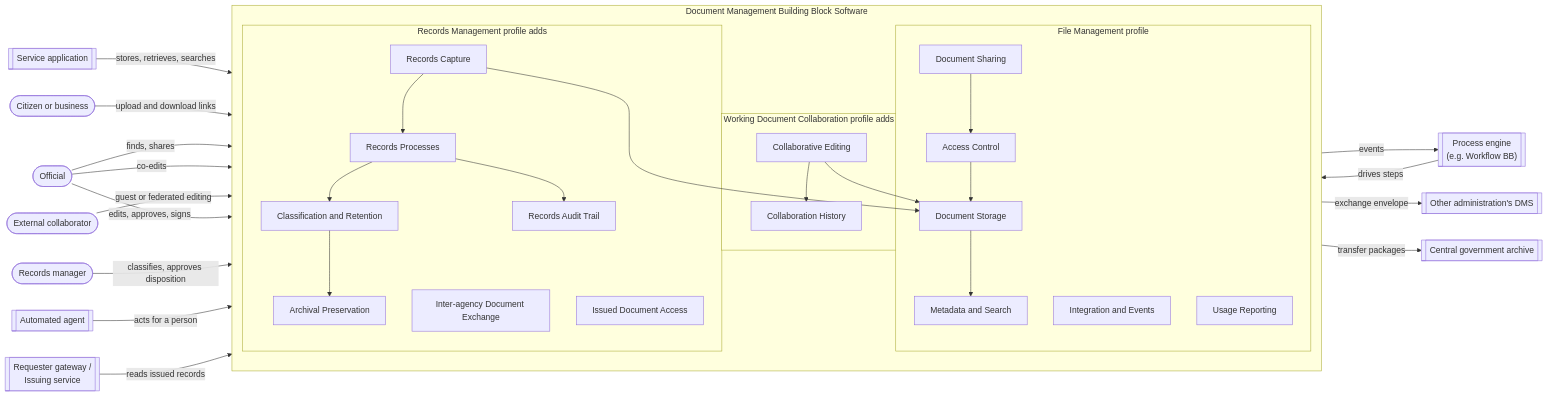
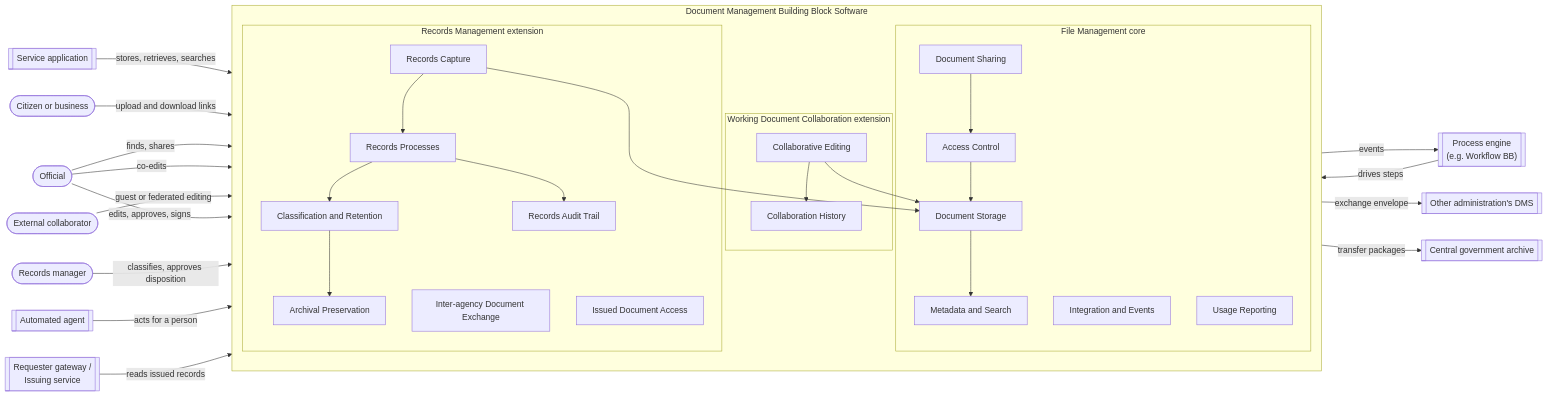
One commit to GovStackWorkingGroup/bb-file-management changed the diagram in introduction/technical-overview.md. Above: the diagram before and after it, drawn with Mermaid. The commit also changed other lines of this file and 16 other files, not shown here.

````diff
--- a/introduction/technical-overview.md
+++ b/introduction/technical-overview.md
@@ -61,62 +61,62 @@
 ```mermaid
 flowchart LR
   Official(["Official"])
   Citizen(["Citizen or business"])
   Partner(["External collaborator"])
   RM(["Records manager"])
   Service[["Service application"]]
   Engine[["Process engine<br/>(e.g. Workflow BB)"]]
   Agent[["Automated agent"]]
   OtherDMS[["Other administration's DMS"]]
   Archive[["Central government archive"]]
   Gateway[["Requester gateway /<br/>Issuing service"]]
 
   subgraph SUT["Document Management Building Block Software"]
     direction TB
-    subgraph FM["File Management profile"]
+    subgraph FM["File Management core"]
       Storage["Document Storage"]
       Meta["Metadata and Search"]
       Access["Access Control"]
       Share["Document Sharing"]
       Integ["Integration and Events"]
       Report["Usage Reporting"]
     end
-    subgraph ExtC["Working Document Collaboration profile adds"]
+    subgraph ExtC["Working Document Collaboration extension"]
       Edit["Collaborative Editing"]
       Hist["Collaboration History"]
     end
-    subgraph ExtR["Records Management profile adds"]
+    subgraph ExtR["Records Management extension"]
       RCap["Records Capture"]
       Proc["Records Processes"]
       Ret["Classification and Retention"]
       Pres["Archival Preservation"]
       Audit["Records Audit Trail"]
       Xch["Inter-agency Document Exchange"]
       Doc["Issued Document Access"]
     end
     Storage --> Meta
     Access --> Storage
     Share --> Access
     Edit --> Storage
     Edit --> Hist
     RCap --> Storage
     RCap --> Proc
     Proc --> Ret
     Ret --> Pres
     Proc --> Audit
   end
 
   Service -- "stores, retrieves, searches" --> Storage
   Citizen -- "upload and download links" --> Share
   Official -- "finds, shares" --> Meta
   Official -- "co-edits" --> Edit
   Partner -- "guest or federated editing" --> Edit
   Official -- "edits, approves, signs" --> Proc
   RM -- "classifies, approves disposition" --> Ret
   Integ -- "events" --> Engine
   Engine -- "drives steps" --> Proc
   Agent -- "acts for a person" --> Proc
   Xch -- "exchange envelope" --> OtherDMS
   Pres -- "transfer packages" --> Archive
   Gateway -- "reads issued records" --> Doc
 ```
````
